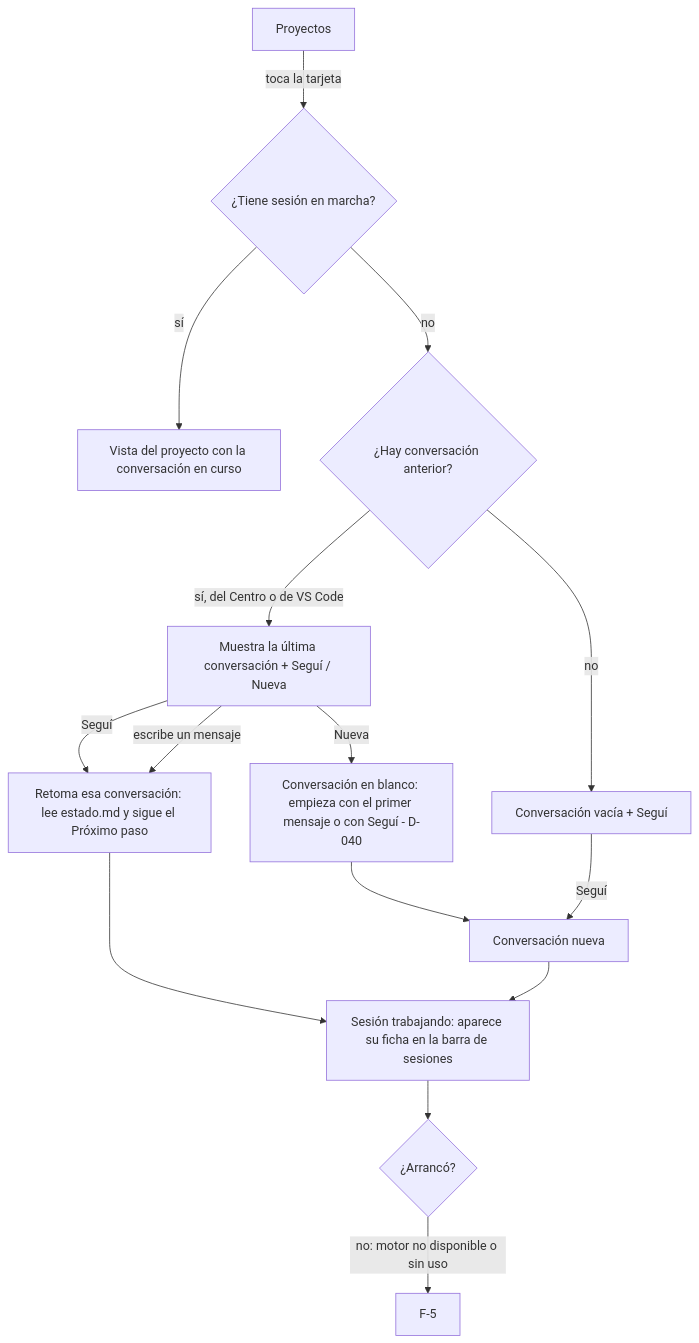
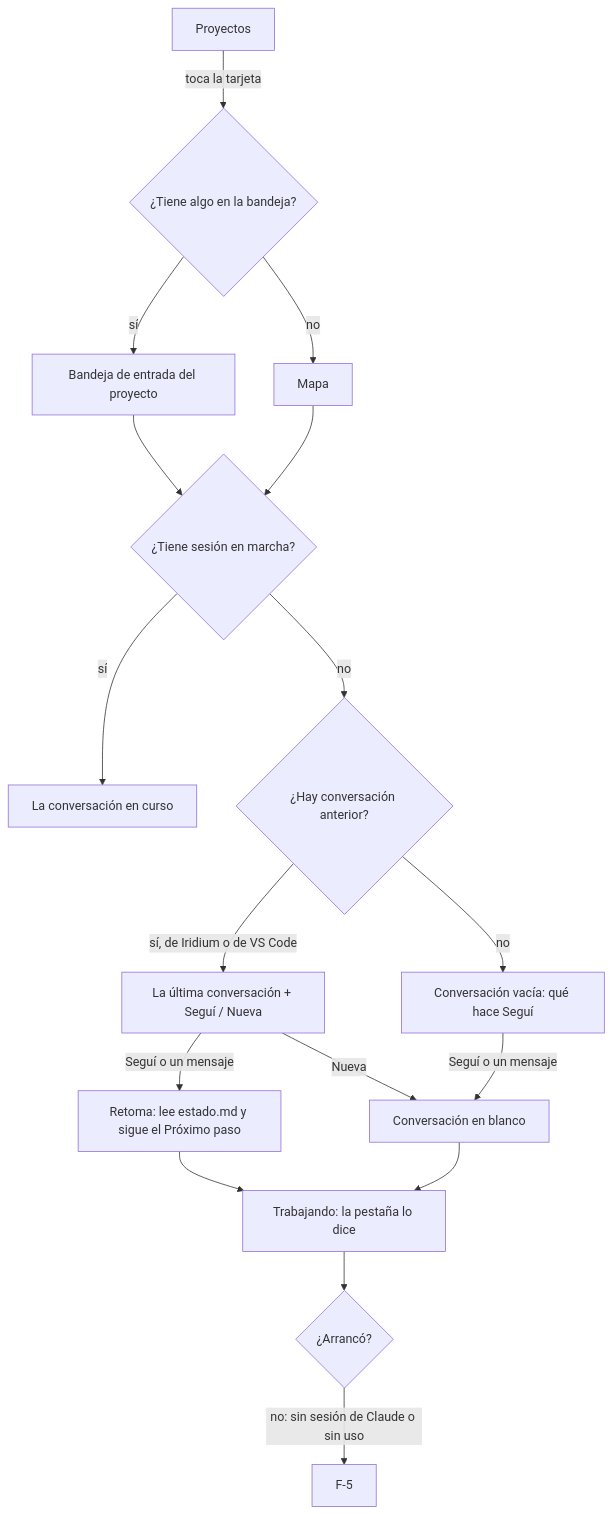
Before and after one commit to LlanosLautaro/Iridium: the first of 9 diagrams in docs/04-ux.md, drawn with Mermaid. The commit also changed other lines of this file and 13 other files, not shown here.

Commit message:
Hito 10: Orden, Q-139 → D-099 («framework»); paso 4 completo (04-ux.md reescrito sin capas, W-1 a W-17) y paso 5, diseño técnico; R-13 (la letra de ancho fijo con líneas de cuadro)

````diff
--- a/docs/04-ux.md
+++ b/docs/04-ux.md
@@ -140,17 +175,19 @@
 ```mermaid
 flowchart TD
-  A[Proyectos] -->|toca la tarjeta| B{¿Tiene sesión en marcha?}
-  B -->|sí| C[Vista del proyecto con la conversación en curso]
-  B -->|no| D{¿Hay conversación anterior?}
-  D -->|sí, del Centro o de VS Code| E[Muestra la última conversación + Seguí / Nueva]
-  D -->|no| F[Conversación vacía + Seguí]
-  E -->|Seguí| G[Retoma esa conversación: lee estado.md y sigue el Próximo paso]
-  E -->|Nueva| N[Conversación en blanco: empieza con el primer mensaje o con Seguí - D-040]
-  N --> H[Conversación nueva]
-  F -->|Seguí| H
-  E -->|escribe un mensaje| G
-  G --> I[Sesión trabajando: aparece su ficha en la barra de sesiones]
-  H --> I
-  I --> J{¿Arrancó?}
-  J -->|no: motor no disponible o sin uso| K[F-5]
+  A[Proyectos] -->|toca la tarjeta| B{¿Tiene algo en la bandeja?}
+  B -->|sí| C[Bandeja de entrada del proyecto]
+  B -->|no| D[Mapa]
+  C --> E{¿Tiene sesión en marcha?}
+  D --> E
+  E -->|sí| F[La conversación en curso]
+  E -->|no| G{¿Hay conversación anterior?}
+  G -->|sí, de Iridium o de VS Code| H[La última conversación + Seguí / Nueva]
+  G -->|no| I[Conversación vacía: qué hace Seguí]
+  H -->|Seguí o un mensaje| J[Retoma: lee estado.md y sigue el Próximo paso]
+  H -->|Nueva| K[Conversación en blanco]
+  I -->|Seguí o un mensaje| K
+  J --> L[Trabajando: la pestaña lo dice]
+  K --> L
+  L --> M{¿Arrancó?}
+  M -->|no: sin sesión de Claude o sin uso| N[F-5]
 ```
````
